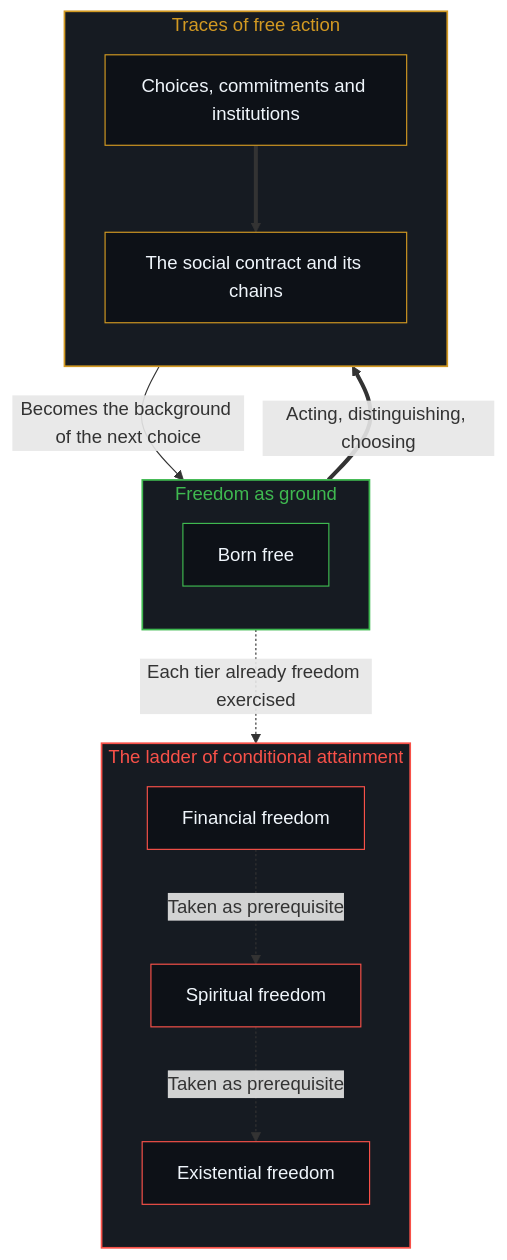
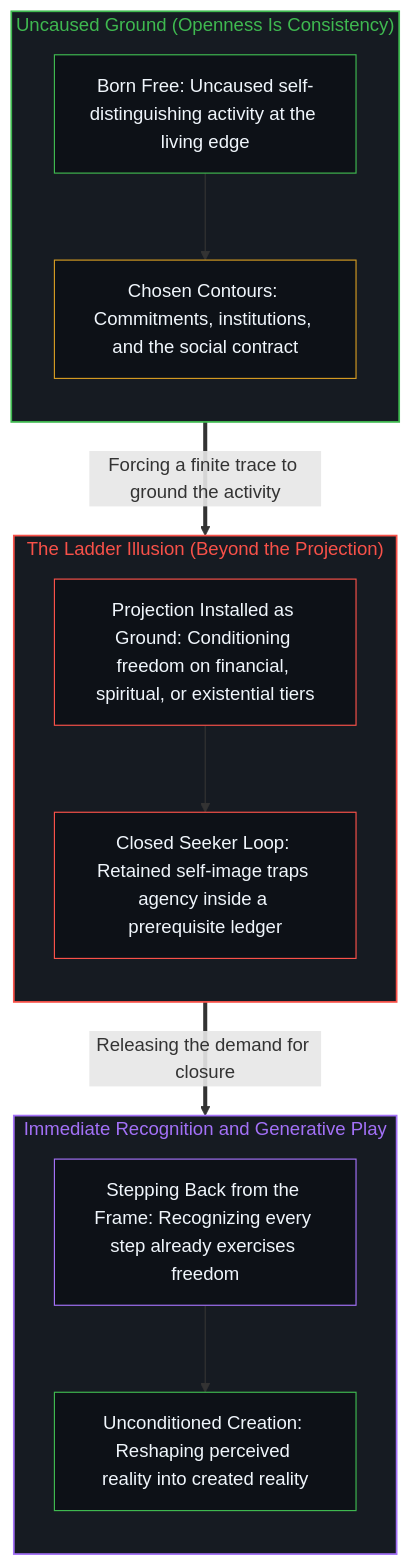
The second of 2 diagrams in content/posts/freedom-as-ground.md (powerpig99/not-a-toe), drawn with Mermaid before and after one commit. The commit also changed other lines of this file and 1 other file, not shown here.

Commit message:
Refine L2 #84: freedom-as-ground (Deep Sleep Wave 3)

````diff
--- a/content/posts/freedom-as-ground.md
+++ b/content/posts/freedom-as-ground.md
@@ -61,33 +56,36 @@
 ```mermaid
 flowchart TD
-    subgraph S_Ladder["The ladder of conditional attainment"]
+    subgraph S_Ground["Uncaused Ground (Openness Is Consistency)"]
         direction TB
-        L1["Financial freedom"]
-        L2["Spiritual freedom"]
-        L3["Existential freedom"]
+        G_Act["Born Free: Uncaused self-distinguishing activity at the living edge"]
+        G_Trace["Chosen Contours: Commitments, institutions, and the social contract"]
+        G_Act --> G_Trace
     end
-    subgraph S_Ground["Freedom as ground"]
+
+    subgraph S_Closure["The Ladder Illusion (Beyond the Projection)"]
         direction TB
-        G1["Born free"]
+        C_Invert["Projection Installed as Ground: Conditioning freedom on financial, spiritual, or existential tiers"]
+        C_Loop["Closed Seeker Loop: Retained self-image traps agency inside a prerequisite ledger"]
+        C_Invert --> C_Loop
     end
-    subgraph S_Trace["Traces of free action"]
+
+    subgraph S_Recognition["Immediate Recognition and Generative Play"]
         direction TB
-        T1["Choices, commitments and institutions"]
-        T2["The social contract and its chains"]
+        R_Drop["Stepping Back from the Frame: Recognizing every step already exercises freedom"]
+        R_Play["Unconditioned Creation: Reshaping perceived reality into created reality"]
+        R_Drop --> R_Play
     end
-    L1 -.->|"Taken as prerequisite"| L2
-    L2 -.->|"Taken as prerequisite"| L3
-    G1 ==>|"Acting, distinguishing, choosing"| T1
-    T1 ==> T2
-    T2 -->|"Becomes the background of the next choice"| G1
-    G1 -.->|"Each tier already freedom exercised"| L1
-    style S_Ladder fill:#161b22,stroke:#f85149,stroke-width:1.5px,color:#f85149
+
+    G_Trace ==>|"Forcing a finite trace to ground the activity"| C_Invert
+    C_Loop ==>|"Releasing the demand for closure"| R_Drop
+
     style S_Ground fill:#161b22,stroke:#3fb950,stroke-width:1.5px,color:#3fb950
-    style S_Trace fill:#161b22,stroke:#d29922,stroke-width:1.5px,color:#d29922
-    style L1 fill:#0d1117,stroke:#f85149,stroke-width:1px,color:#f0f6fc
-    style L2 fill:#0d1117,stroke:#f85149,stroke-width:1px,color:#f0f6fc
-    style L3 fill:#0d1117,stroke:#f85149,stroke-width:1px,color:#f0f6fc
-    style G1 fill:#0d1117,stroke:#3fb950,stroke-width:1px,color:#f0f6fc
-    style T1 fill:#0d1117,stroke:#d29922,stroke-width:1px,color:#f0f6fc
-    style T2 fill:#0d1117,stroke:#d29922,stroke-width:1px,color:#f0f6fc
+    style S_Closure fill:#161b22,stroke:#f85149,stroke-width:1.5px,color:#f85149
+    style S_Recognition fill:#161b22,stroke:#a371f7,stroke-width:1.5px,color:#a371f7
+    style G_Act fill:#0d1117,stroke:#3fb950,stroke-width:1px,color:#f0f6fc
+    style G_Trace fill:#0d1117,stroke:#d29922,stroke-width:1px,color:#f0f6fc
+    style C_Invert fill:#0d1117,stroke:#f85149,stroke-width:1px,color:#f0f6fc
+    style C_Loop fill:#0d1117,stroke:#f85149,stroke-width:1px,color:#f0f6fc
+    style R_Drop fill:#0d1117,stroke:#a371f7,stroke-width:1px,color:#f0f6fc
+    style R_Play fill:#0d1117,stroke:#3fb950,stroke-width:1px,color:#f0f6fc
 ```
````
